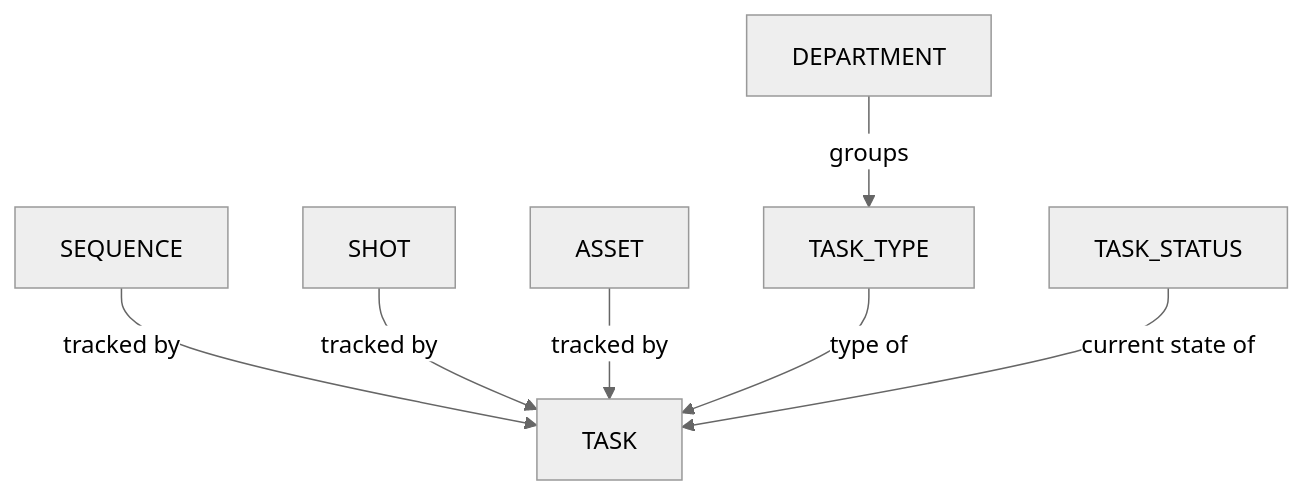
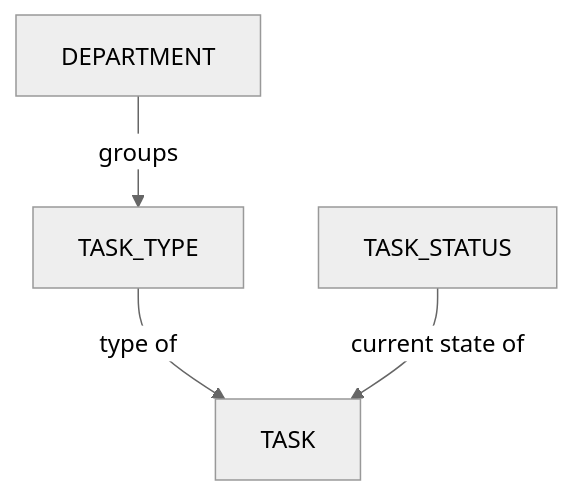
The diagram in docs/guides/task-configuration/managing-task-types/index.md (bazamel/kitsu), drawn with Mermaid (neutral theme) before and after one commit. The commit also changed other lines of this file and 193 other files, not shown here.

````diff
--- a/docs/guides/task-configuration/managing-task-types/index.md
+++ b/docs/guides/task-configuration/managing-task-types/index.md
@@ -5,9 +5,6 @@
 ```mermaid
 flowchart TD
-    SEQUENCE -->|tracked by| TASK
-    SHOT -->|tracked by| TASK
-    ASSET -->|tracked by| TASK
     DEPARTMENT -->|groups| TASK_TYPE
     TASK_TYPE -->|type of| TASK
     TASK_STATUS -->|current state of| TASK
 ```
````
